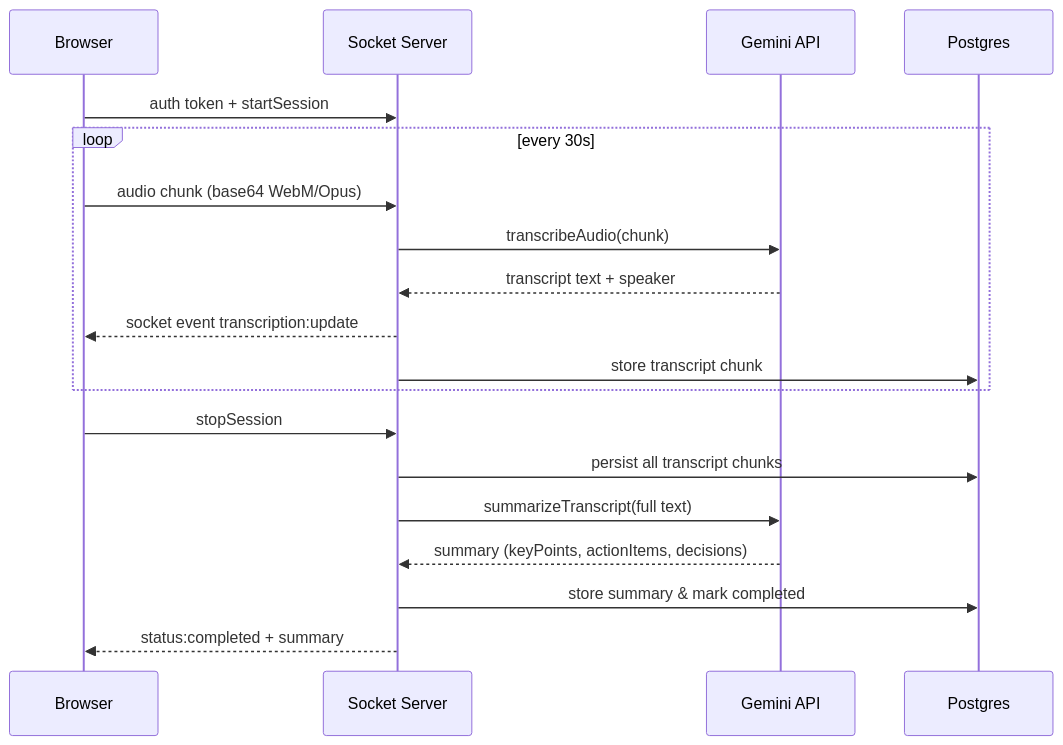
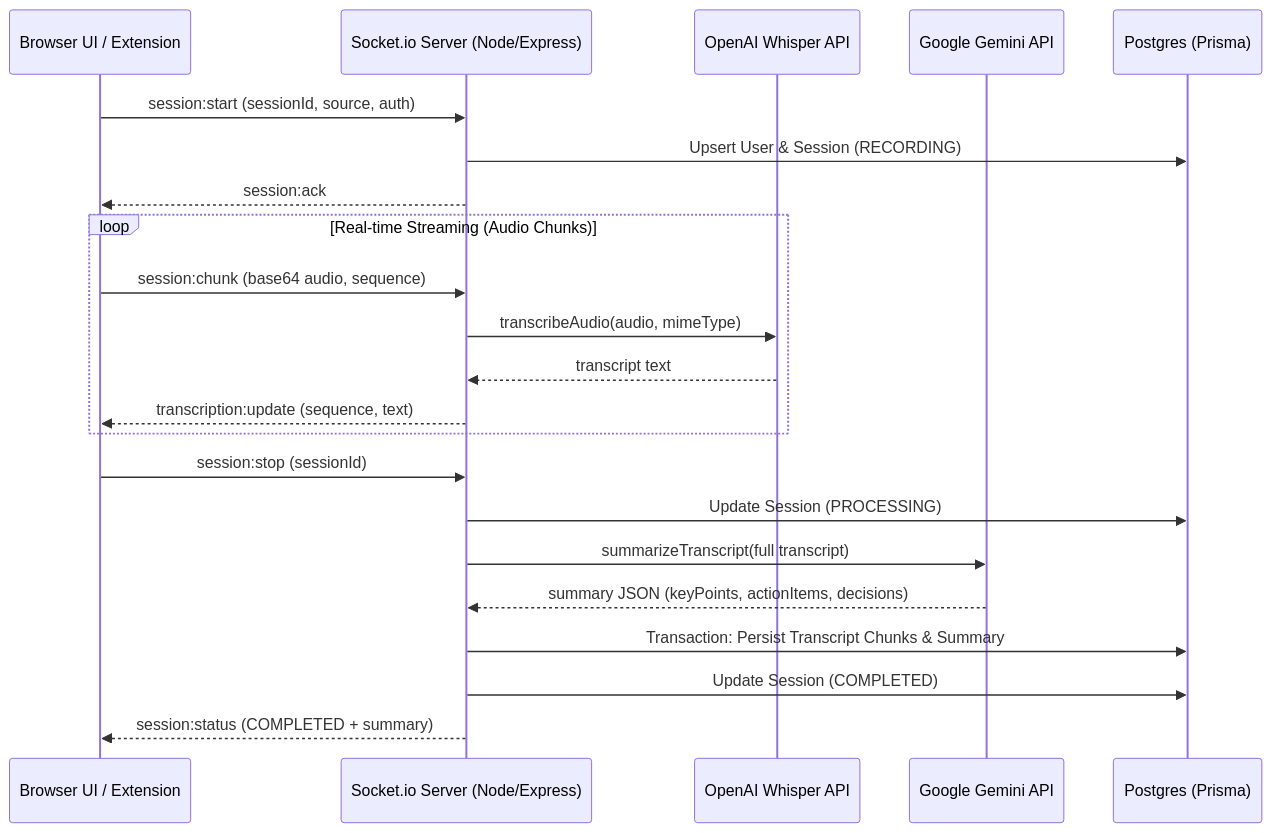
The diagram in README.md (Shayan122108/ScribeAi), drawn with Mermaid before and after one commit. The commit also changed other lines of this file and 13 other files, not shown here.

````diff
--- a/README.md
+++ b/README.md
@@ -93,22 +112,27 @@
 ```mermaid
 sequenceDiagram
-    participant U as Browser
-    participant S as Socket Server
-    participant G as Gemini API
-    participant DB as Postgres
+    participant U as Browser UI / Extension
+    participant S as Socket.io Server (Node/Express)
+    participant W as OpenAI Whisper API
+    participant G as Google Gemini API
+    participant DB as Postgres (Prisma)
 
-    U->>S: auth token + startSession
-    loop every 30s
-        U->>S: audio chunk (base64 WebM/Opus)
-        S->>G: transcribeAudio(chunk)
-        G-->>S: transcript text + speaker
-        S-->>U: socket event transcription:update
-        S->>DB: store transcript chunk
+    U->>S: session:start (sessionId, source, auth)
+    S->>DB: Upsert User & Session (RECORDING)
+    S-->>U: session:ack
+
+    loop Real-time Streaming (Audio Chunks)
+        U->>S: session:chunk (base64 audio, sequence)
+        S->>W: transcribeAudio(audio, mimeType)
+        W-->>S: transcript text
+        S-->>U: transcription:update (sequence, text)
     end
-    U->>S: stopSession
-    S->>DB: persist all transcript chunks
-    S->>G: summarizeTranscript(full text)
-    G-->>S: summary (keyPoints, actionItems, decisions)
-    S->>DB: store summary & mark completed
-    S-->>U: status:completed + summary
+
+    U->>S: session:stop (sessionId)
+    S->>DB: Update Session (PROCESSING)
+    S->>G: summarizeTranscript(full transcript)
+    G-->>S: summary JSON (keyPoints, actionItems, decisions)
+    S->>DB: Transaction: Persist Transcript Chunks & Summary
+    S->>DB: Update Session (COMPLETED)
+    S-->>U: session:status (COMPLETED + summary)
 ```
````
